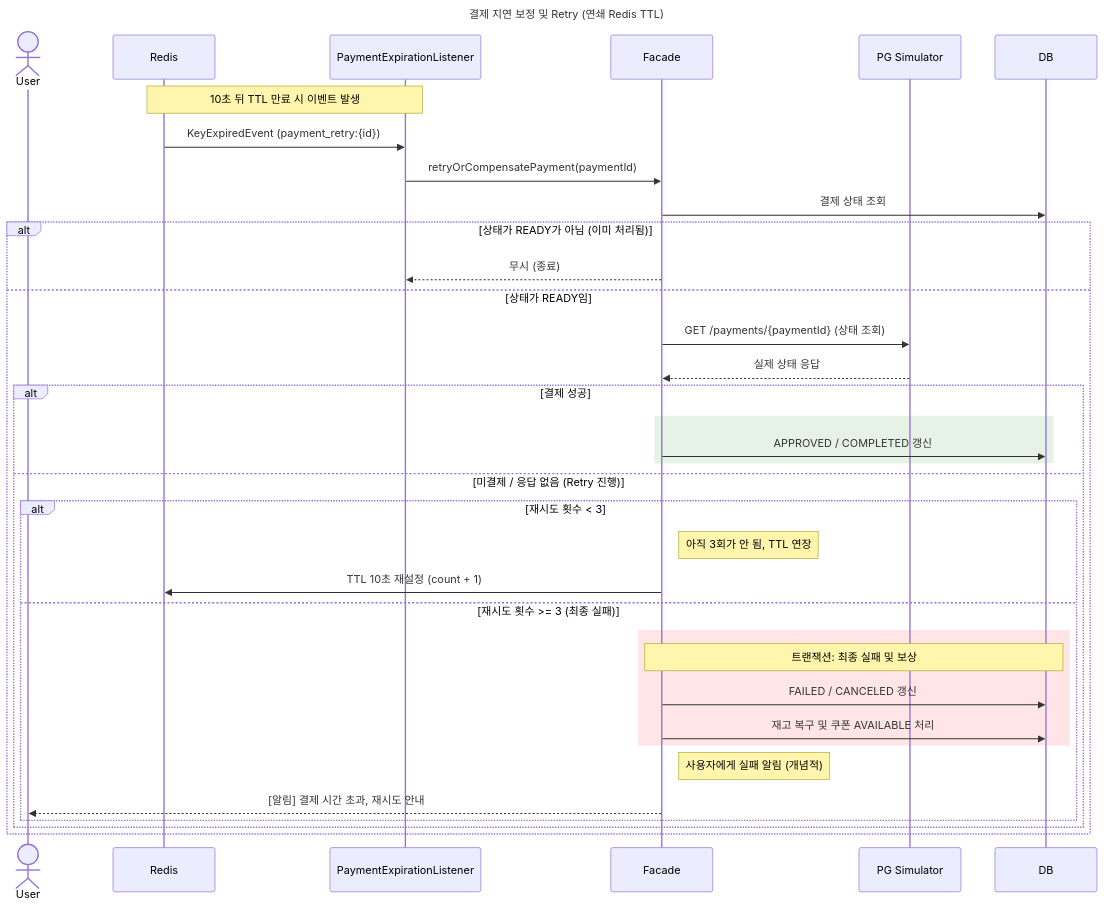
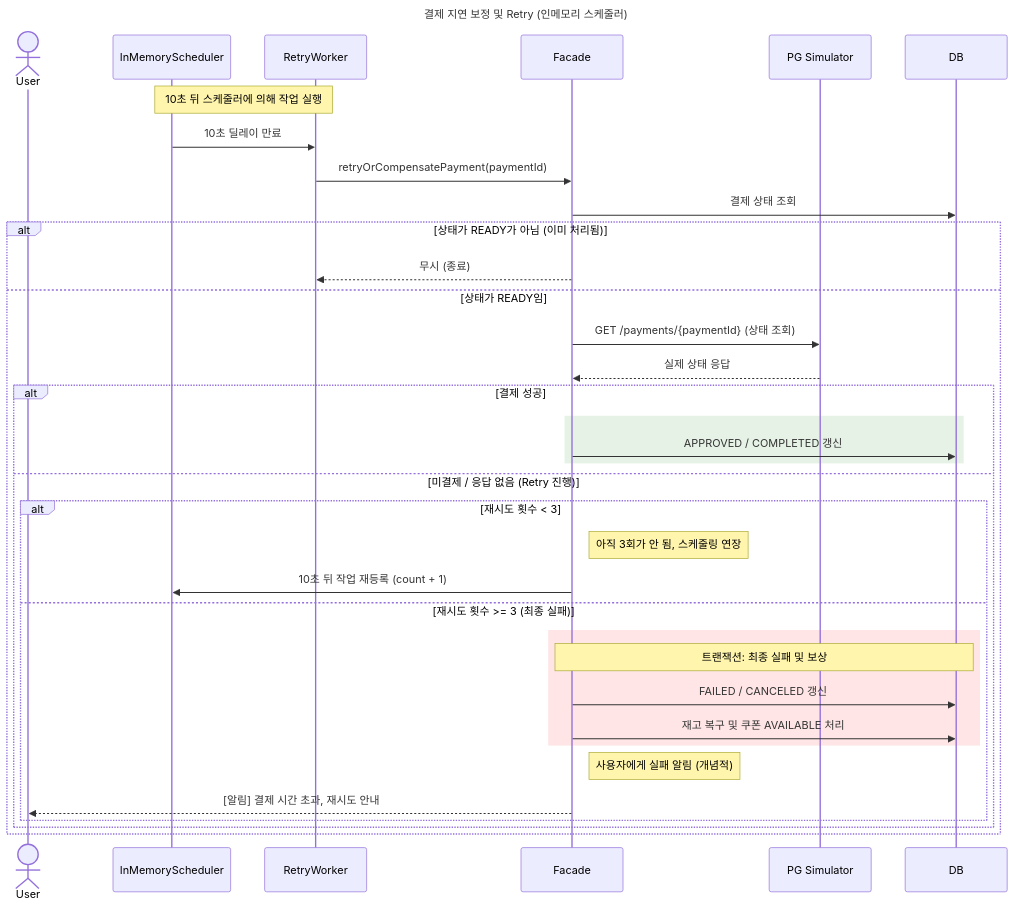
The fourth of 12 diagrams in docs/week2/02-sequence-diagrams.md (eelseungmin/loop-pack-be-l2-vol4-java), drawn with Mermaid before and after one commit. The commit also changed other lines of this file and 4 other files, not shown here.

````diff
--- a/docs/week2/02-sequence-diagrams.md
+++ b/docs/week2/02-sequence-diagrams.md
@@ -148,41 +173,41 @@
 ```mermaid
 sequenceDiagram
-    title 결제 지연 보정 및 Retry (연쇄 Redis TTL)
+    title 결제 지연 보정 및 Retry (인메모리 스케줄러)
     actor User
-    participant Redis
-    participant Listener as PaymentExpirationListener
+    participant Scheduler as InMemoryScheduler
+    participant Worker as RetryWorker
     participant Facade as Facade
     participant PG as PG Simulator
     participant DB
 
-    Note over Redis, Listener: 10초 뒤 TTL 만료 시 이벤트 발생
-    Redis->>Listener: KeyExpiredEvent (payment_retry:{id})
-    Listener->>Facade: retryOrCompensatePayment(paymentId)
+    Note over Scheduler, Worker: 10초 뒤 스케줄러에 의해 작업 실행
+    Scheduler->>Worker: 10초 딜레이 만료
+    Worker->>Facade: retryOrCompensatePayment(paymentId)
 
     Facade->>DB: 결제 상태 조회
     alt 상태가 READY가 아님 (이미 처리됨)
-        Facade-->>Listener: 무시 (종료)
+        Facade-->>Worker: 무시 (종료)
     else 상태가 READY임
         Facade->>PG: GET /payments/{paymentId} (상태 조회)
         PG-->>Facade: 실제 상태 응답
         
         alt 결제 성공
             rect rgba(0, 128, 0, 0.1)
                 Facade->>DB: APPROVED / COMPLETED 갱신
             end
         else 미결제 / 응답 없음 (Retry 진행)
             alt 재시도 횟수 < 3
-                Note right of Facade: 아직 3회가 안 됨, TTL 연장
-                Facade->>Redis: TTL 10초 재설정 (count + 1)
+                Note right of Facade: 아직 3회가 안 됨, 스케줄링 연장
+                Facade->>Scheduler: 10초 뒤 작업 재등록 (count + 1)
             else 재시도 횟수 >= 3 (최종 실패)
                 rect rgba(255, 0, 0, 0.1)
                     Note over Facade, DB: 트랜잭션: 최종 실패 및 보상
                     Facade->>DB: FAILED / CANCELED 갱신
                     Facade->>DB: 재고 복구 및 쿠폰 AVAILABLE 처리
                 end
                 Note right of Facade: 사용자에게 실패 알림 (개념적)
                 Facade-->>User: [알림] 결제 시간 초과, 재시도 안내
             end
         end
     end
 ```
````
